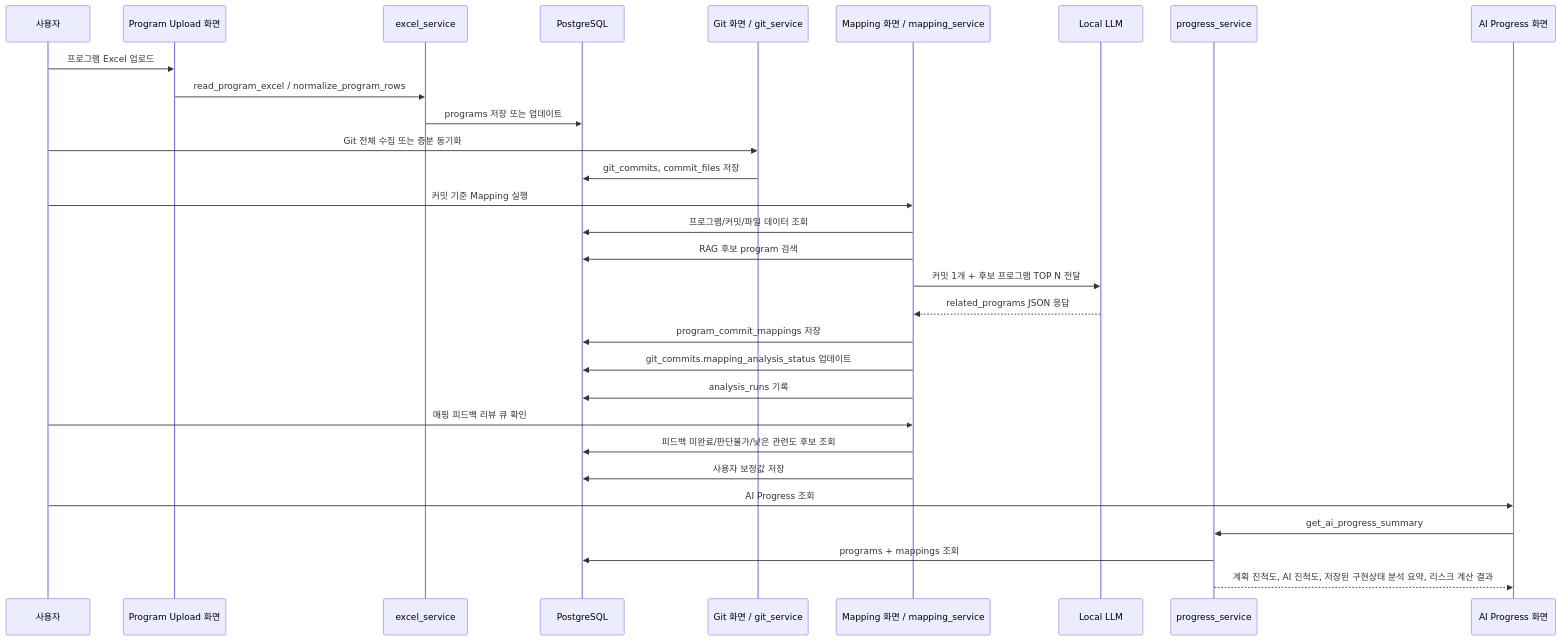
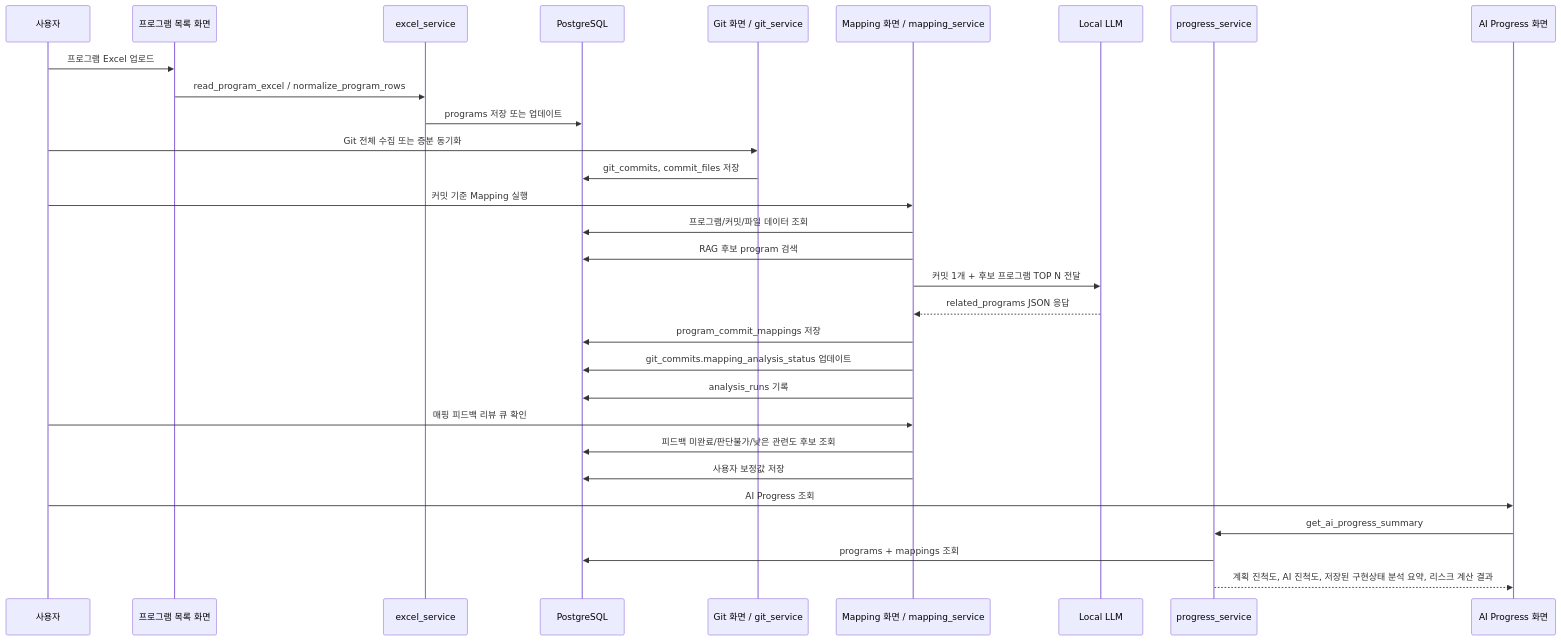
The fourth of 7 diagrams in README_ARCHITECTURE.md (ino5/ai-commit-advisor-26), drawn with Mermaid before and after one commit. The commit also changed other lines of this file and 12 other files, not shown here.

````diff
--- a/README_ARCHITECTURE.md
+++ b/README_ARCHITECTURE.md
@@ -326,36 +328,36 @@
 ```mermaid
 sequenceDiagram
     participant User as 사용자
-    participant Upload as Program Upload 화면
+    participant Upload as 프로그램 목록 화면
     participant Excel as excel_service
     participant DB as PostgreSQL
     participant Git as Git 화면 / git_service
     participant Mapping as Mapping 화면 / mapping_service
     participant LLM as Local LLM
     participant Progress as progress_service
     participant AIPage as AI Progress 화면
 
     User->>Upload: 프로그램 Excel 업로드
     Upload->>Excel: read_program_excel / normalize_program_rows
     Excel->>DB: programs 저장 또는 업데이트
 
     User->>Git: Git 전체 수집 또는 증분 동기화
     Git->>DB: git_commits, commit_files 저장
 
     User->>Mapping: 커밋 기준 Mapping 실행
     Mapping->>DB: 프로그램/커밋/파일 데이터 조회
     Mapping->>DB: RAG 후보 program 검색
     Mapping->>LLM: 커밋 1개 + 후보 프로그램 TOP N 전달
     LLM-->>Mapping: related_programs JSON 응답
     Mapping->>DB: program_commit_mappings 저장
     Mapping->>DB: git_commits.mapping_analysis_status 업데이트
     Mapping->>DB: analysis_runs 기록
     User->>Mapping: 매핑 피드백 리뷰 큐 확인
     Mapping->>DB: 피드백 미완료/판단불가/낮은 관련도 후보 조회
     Mapping->>DB: 사용자 보정값 저장
 
     User->>AIPage: AI Progress 조회
     AIPage->>Progress: get_ai_progress_summary
     Progress->>DB: programs + mappings 조회
     Progress-->>AIPage: 계획 진척도, AI 진척도, 저장된 구현상태 분석 요약, 리스크 계산 결과
 ```
````
